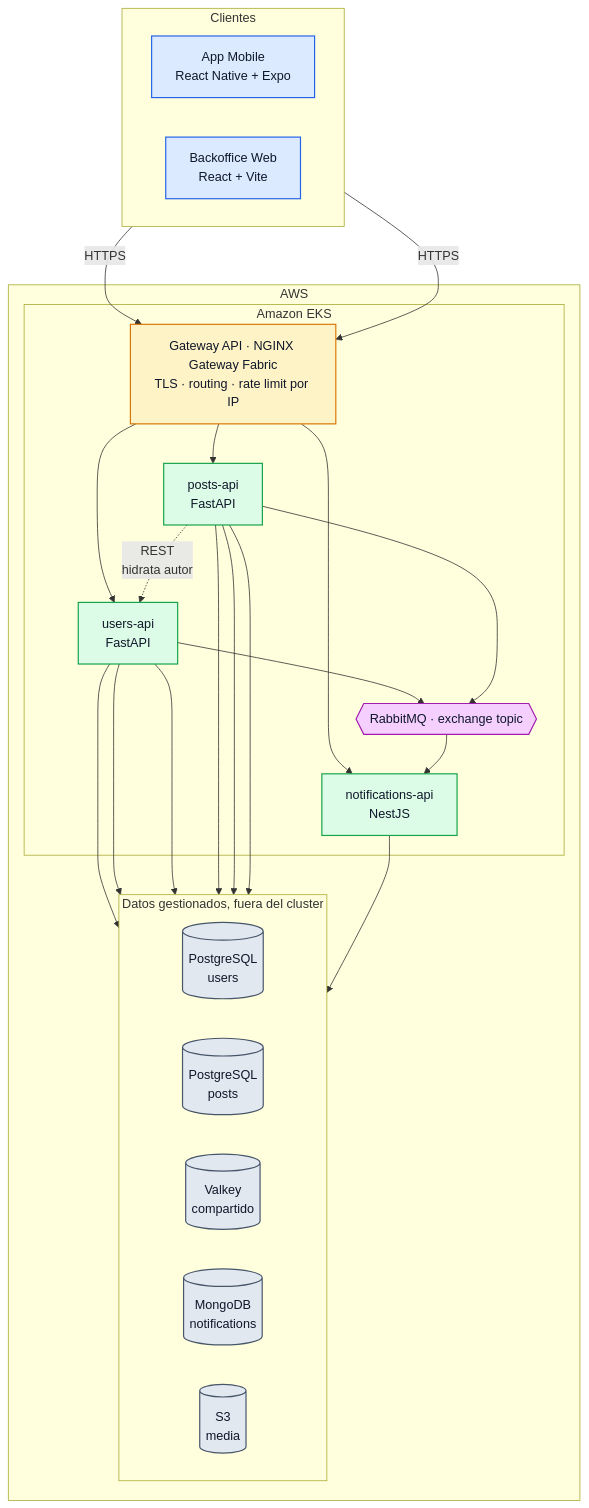
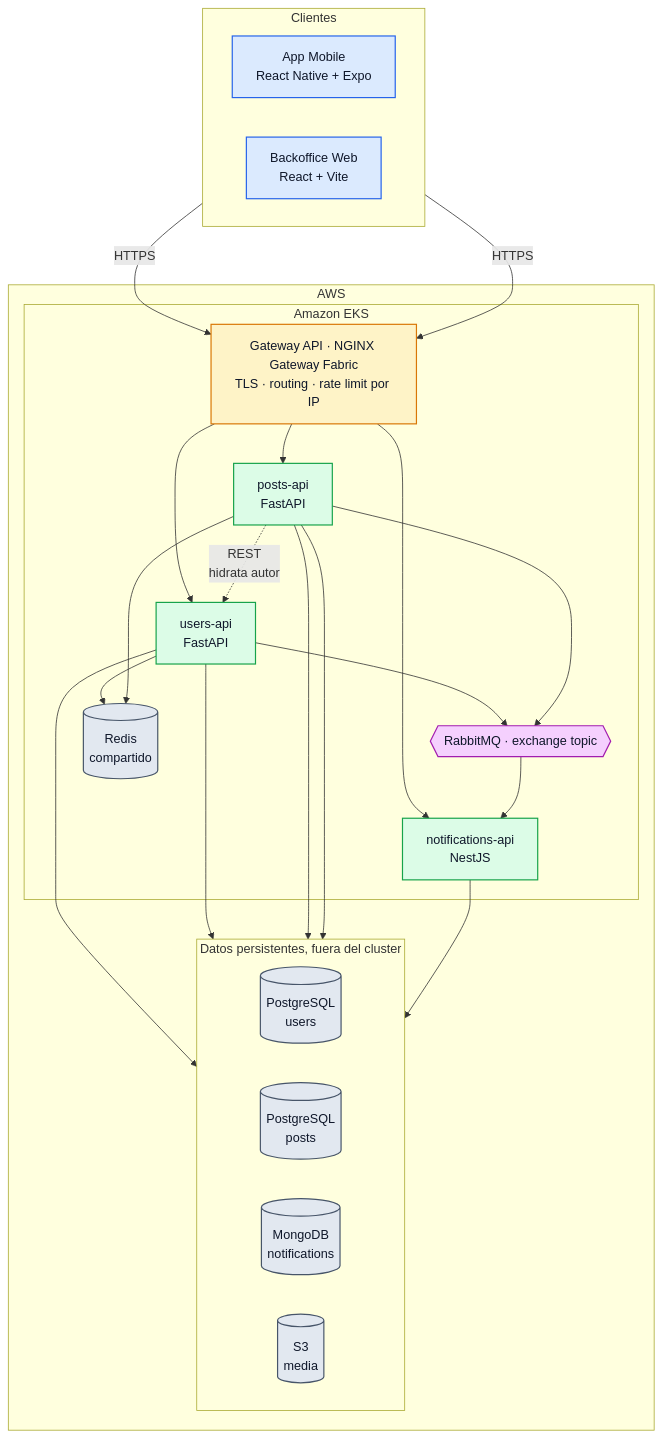
Before and after one commit to tds-g3-2s2026/udesa-x-platform: the second of 7 diagrams in docs/ARQUITECTURA.md, drawn with Mermaid. The commit also changed other lines of this file and 2 other files, not shown here.

First line of the commit message:
docs: revertir A20 y usar Redis en lugar de Valkey (#19)

````diff
--- a/docs/ARQUITECTURA.md
+++ b/docs/ARQUITECTURA.md
@@ -173,51 +173,51 @@
 ```mermaid
 flowchart TB
     subgraph clientes["Clientes"]
         direction LR
         MOB["App Mobile<br/>React Native + Expo"]
         BO["Backoffice Web<br/>React + Vite"]
     end
     subgraph aws["AWS"]
         subgraph eks["Amazon EKS"]
             ING["Gateway API · NGINX Gateway Fabric<br/>TLS · routing · rate limit por IP"]
             USR["users-api<br/>FastAPI"]
             PST["posts-api<br/>FastAPI"]
             NTF["notifications-api<br/>NestJS"]
             MQ{{"RabbitMQ · exchange topic"}}
+            RED[("Redis<br/>compartido")]
         end
-        subgraph datos["Datos gestionados, fuera del cluster"]
+        subgraph datos["Datos persistentes, fuera del cluster"]
             direction LR
             PGU[("PostgreSQL<br/>users")]
             PGP[("PostgreSQL<br/>posts")]
-            RED[("Valkey<br/>compartido")]
             MDB[("MongoDB<br/>notifications")]
             OBJ[("S3<br/>media")]
         end
     end
     MOB -->|HTTPS| ING
     BO -->|HTTPS| ING
     ING --> USR
     ING --> PST
     ING --> NTF
     PST -.->|"REST<br/>hidrata autor"| USR
     USR --> MQ
     PST --> MQ
     MQ --> NTF
     USR --> PGU
     USR --> RED
     USR --> OBJ
     PST --> PGP
     PST --> RED
     PST --> OBJ
     NTF --> MDB
     classDef cliente fill:#dbeafe,stroke:#2563eb,stroke-width:1.5px,color:#0f172a
     classDef borde fill:#fef3c7,stroke:#d97706,stroke-width:1.5px,color:#0f172a
     classDef svc fill:#dcfce7,stroke:#16a34a,stroke-width:1.5px,color:#0f172a
     classDef bus fill:#f5d0fe,stroke:#a21caf,stroke-width:1.5px,color:#0f172a
     classDef store fill:#e2e8f0,stroke:#475569,stroke-width:1.5px,color:#0f172a
     class MOB,BO cliente
     class ING borde
     class USR,PST,NTF svc
     class MQ bus
     class PGU,PGP,RED,MDB,OBJ store
 ```
````
